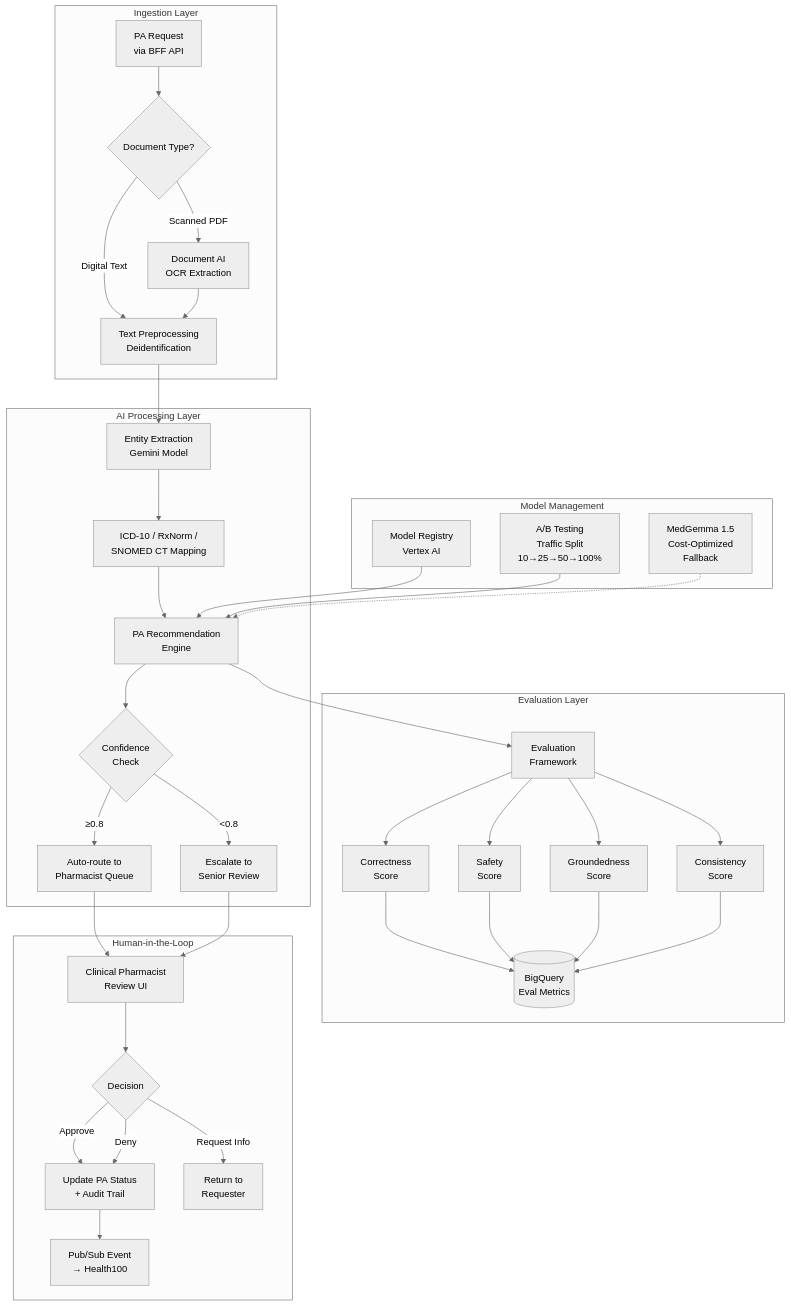
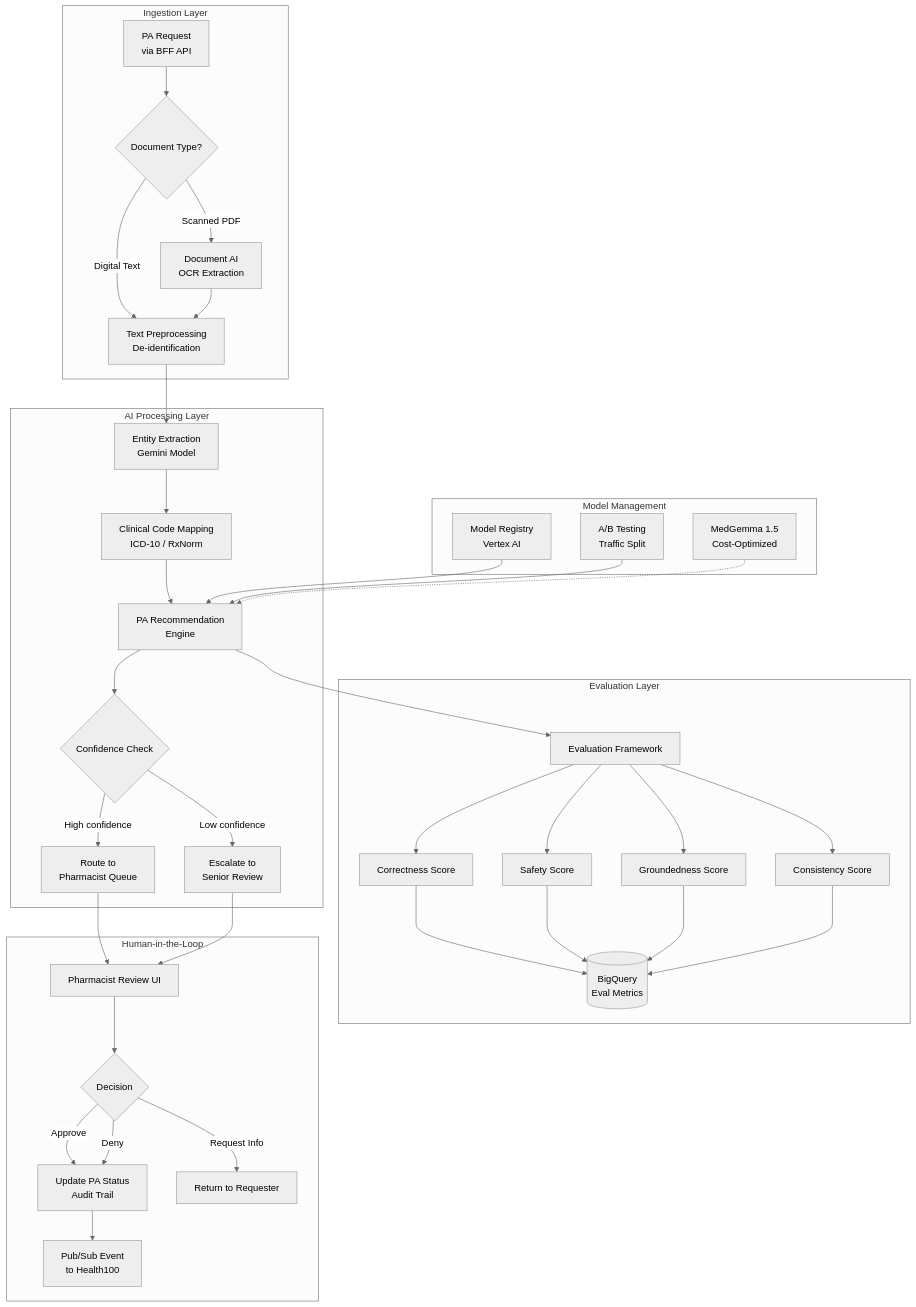
The fourth of 7 diagrams in outputs/cvs-legacy-transformation/solution-architecture-document.md (Modular-Earth-LLC/solutions-architecture-agent), drawn with Mermaid (neutral theme) before and after one commit. The commit also changed other lines of this file and 5 other files, not shown here.

First line of the commit message:
fix(diagrams): apply Mermaid quality rules across all diagrams and generation code

````diff
--- a/outputs/cvs-legacy-transformation/solution-architecture-document.md
+++ b/outputs/cvs-legacy-transformation/solution-architecture-document.md
@@ -365,43 +373,46 @@
 ```mermaid
 flowchart TB
     subgraph "Ingestion Layer"
-        A[PA Request<br/>via BFF API] --> B{Document Type?}
-        B -->|Scanned PDF| C[Document AI<br/>OCR Extraction]
-        B -->|Digital Text| D[Text Preprocessing<br/>Deidentification]
+        A["PA Request<br/>via BFF API"] --> B{"Document Type?"}
+        B -->|"Scanned PDF"| C["Document AI<br/>OCR Extraction"]
+        B -->|"Digital Text"| D["Text Preprocessing<br/>De-identification"]
         C --> D
     end
 
     subgraph "AI Processing Layer"
-        D --> E[Entity Extraction<br/>Gemini Model]
-        E --> F[ICD-10 / RxNorm /<br/>SNOMED CT Mapping]
-        F --> G[PA Recommendation<br/>Engine]
-        G --> H{Confidence<br/>Check}
-        H -->|≥0.8| I[Auto-route to<br/>Pharmacist Queue]
-        H -->|<0.8| J[Escalate to<br/>Senior Review]
+        D --> E["Entity Extraction<br/>Gemini Model"]
+        E --> F["Clinical Code Mapping<br/>ICD-10 / RxNorm"]
+        F --> G["PA Recommendation<br/>Engine"]
+        G --> H{"Confidence Check"}
+        H -->|"High confidence"| I["Route to<br/>Pharmacist Queue"]
+        H -->|"Low confidence"| J["Escalate to<br/>Senior Review"]
     end
 
     subgraph "Evaluation Layer"
-        G --> K[Evaluation<br/>Framework]
-        K --> L[Correctness<br/>Score]
-        K --> M[Safety<br/>Score]
-        K --> N[Groundedness<br/>Score]
-        K --> O[Consistency<br/>Score]
-        L & M & N & O --> P[(BigQuery<br/>Eval Metrics)]
+        G --> K["Evaluation Framework"]
+        K --> L["Correctness Score"]
+        K --> M["Safety Score"]
+        K --> N["Groundedness Score"]
+        K --> O["Consistency Score"]
+        L --> P[("BigQuery<br/>Eval Metrics")]
+        M --> P
+        N --> P
+        O --> P
     end
 
     subgraph "Human-in-the-Loop"
-        I --> Q[Clinical Pharmacist<br/>Review UI]
+        I --> Q["Pharmacist Review UI"]
         J --> Q
-        Q --> R{Decision}
-        R -->|Approve| S[Update PA Status<br/>+ Audit Trail]
-        R -->|Deny| S
-        R -->|Request Info| T[Return to<br/>Requester]
-        S --> U[Pub/Sub Event<br/>→ Health100]
+        Q --> R{"Decision"}
+        R -->|"Approve"| S["Update PA Status<br/>Audit Trail"]
+        R -->|"Deny"| S
+        R -->|"Request Info"| T["Return to Requester"]
+        S --> U["Pub/Sub Event<br/>to Health100"]
     end
 
     subgraph "Model Management"
-        V[Model Registry<br/>Vertex AI] --> G
-        W[A/B Testing<br/>Traffic Split<br/>10→25→50→100%] --> G
-        X[MedGemma 1.5<br/>Cost-Optimized<br/>Fallback] -.-> G
+        V["Model Registry<br/>Vertex AI"] --> G
+        W["A/B Testing<br/>Traffic Split"] --> G
+        X["MedGemma 1.5<br/>Cost-Optimized"] -.-> G
     end
 ```
````
